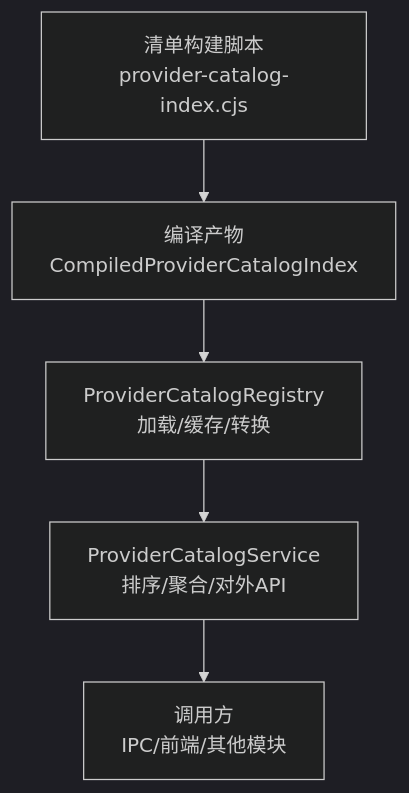
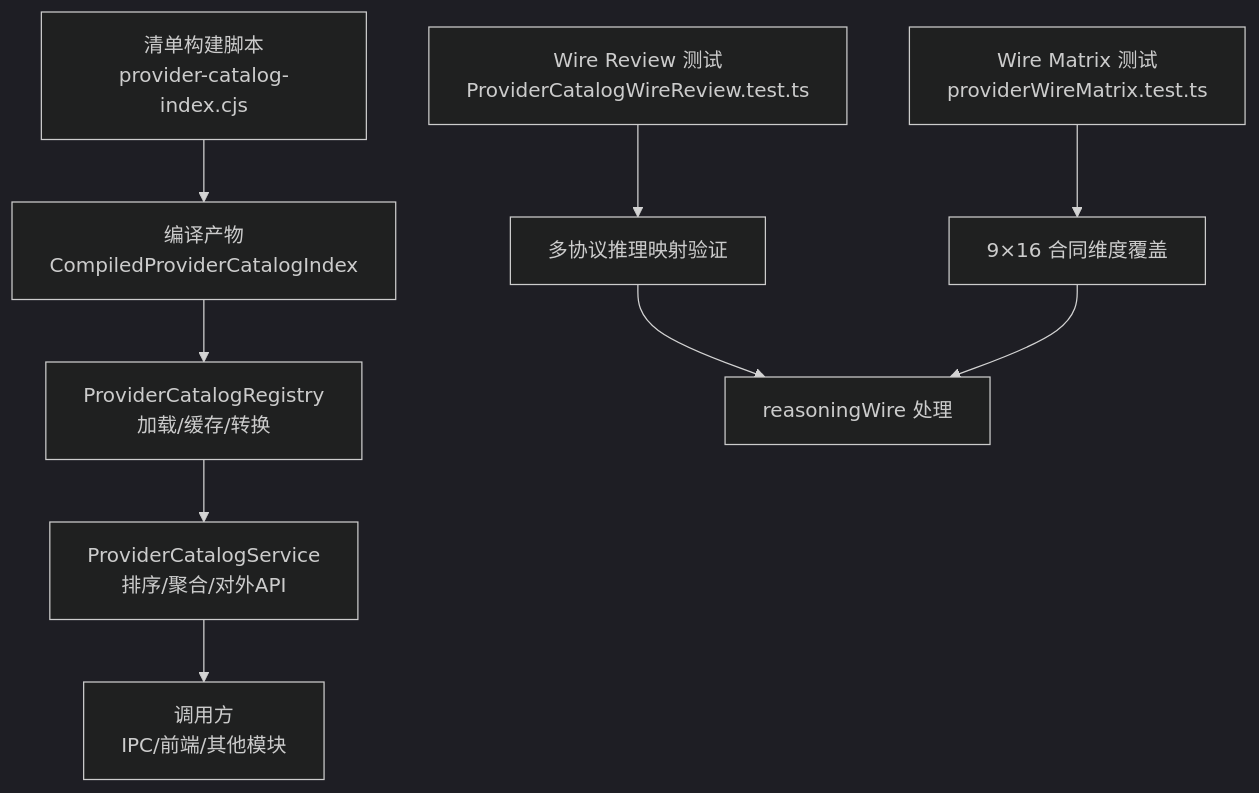
One commit to haolange/RDC-Agent changed the first of 7 diagrams in .qoder/repowiki/zh/content/核心模块/Provider 系统/Provider 目录管理.md. Above: the diagram before and after it, drawn with Mermaid (dark theme). The commit also changed other lines of this file and 80 other files, not shown here.

````diff
--- a/.qoder/repowiki/zh/content/核心模块/Provider 系统/Provider 目录管理.md
+++ b/.qoder/repowiki/zh/content/核心模块/Provider 系统/Provider 目录管理.md
@@ -51,7 +57,11 @@
 ```mermaid
 graph TB
 A["清单构建脚本<br/>provider-catalog-index.cjs"] --> B["编译产物<br/>CompiledProviderCatalogIndex"]
 B --> C["ProviderCatalogRegistry<br/>加载/缓存/转换"]
 C --> D["ProviderCatalogService<br/>排序/聚合/对外API"]
 D --> E["调用方<br/>IPC/前端/其他模块"]
+F["Wire Review 测试<br/>ProviderCatalogWireReview.test.ts"] --> G["多协议推理映射验证"]
+H["Wire Matrix 测试<br/>providerWireMatrix.test.ts"] --> I["9×16 合同维度覆盖"]
+G --> J["reasoningWire 处理"]
+I --> J
 ```
````
